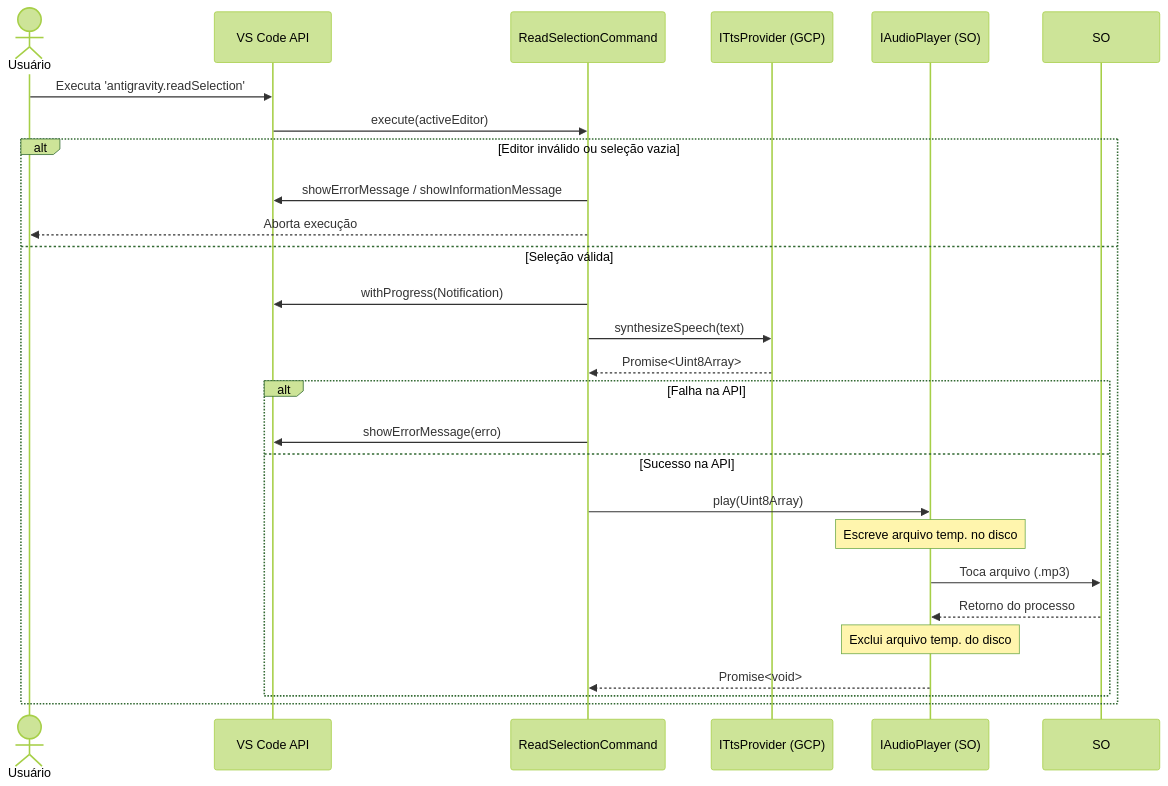
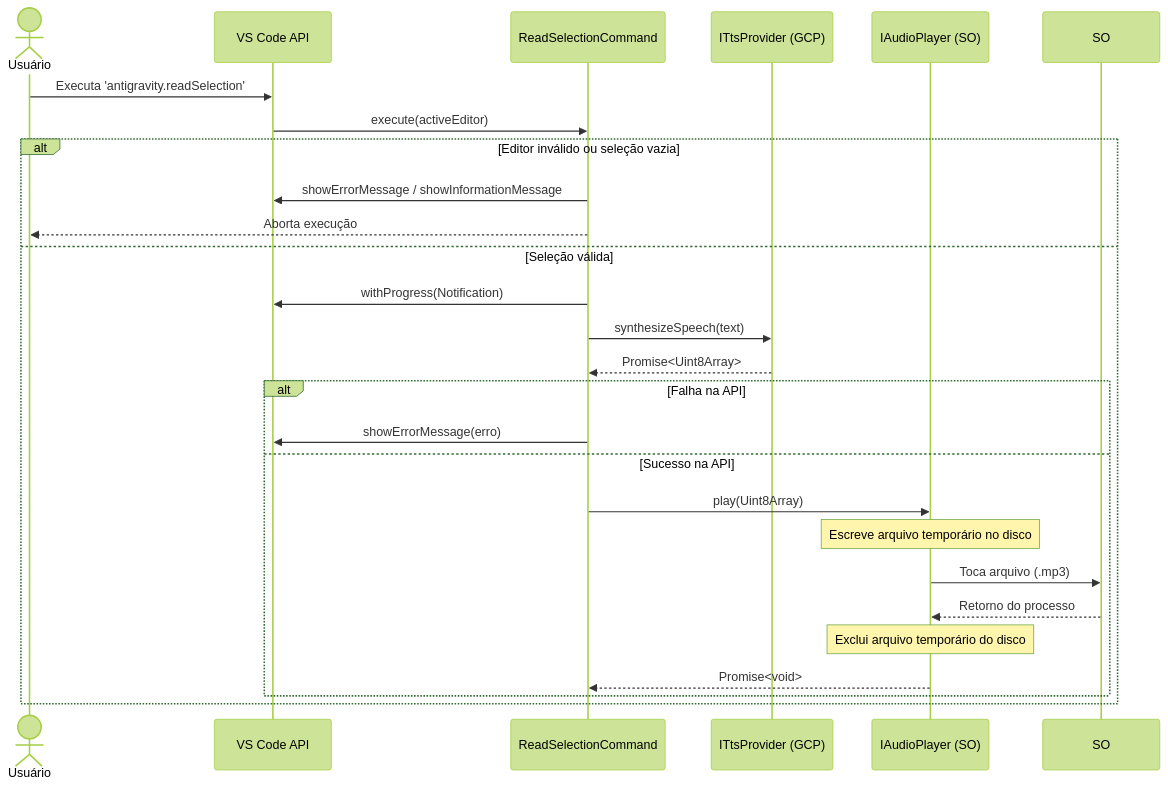
One commit to kernelpenguin/antigravity-gemini-voice changed the third of 3 diagrams in docs/architecture.md. Above: the diagram before and after it, drawn with Mermaid (forest theme). The commit also changed other lines of this file and 1 other file, not shown here.

Commit message:
Refine README and architecture documentation with professional PT-BR/EN structure

````diff
--- a/docs/architecture.md
+++ b/docs/architecture.md
@@ -75,31 +78,31 @@
 ```mermaid
 sequenceDiagram
     actor User as Usuário
     participant VSCode as VS Code API
     participant Command as ReadSelectionCommand
     participant TTS as ITtsProvider (GCP)
     participant Audio as IAudioPlayer (SO)
     
     User->>VSCode: Executa 'antigravity.readSelection'
     VSCode->>Command: execute(activeEditor)
     
     alt Editor inválido ou seleção vazia
         Command->>VSCode: showErrorMessage / showInformationMessage
         Command-->>User: Aborta execução
     else Seleção válida
         Command->>VSCode: withProgress(Notification)
         Command->>TTS: synthesizeSpeech(text)
         TTS-->>Command: Promise<Uint8Array>
         
         alt Falha na API
             Command->>VSCode: showErrorMessage(erro)
         else Sucesso na API
             Command->>Audio: play(Uint8Array)
-            note over Audio: Escreve arquivo temp. no disco
+            note over Audio: Escreve arquivo temporário no disco
             Audio->>SO: Toca arquivo (.mp3)
             SO-->>Audio: Retorno do processo
-            note over Audio: Exclui arquivo temp. do disco
+            note over Audio: Exclui arquivo temporário do disco
             Audio-->>Command: Promise<void>
         end
     end
 ```
````
